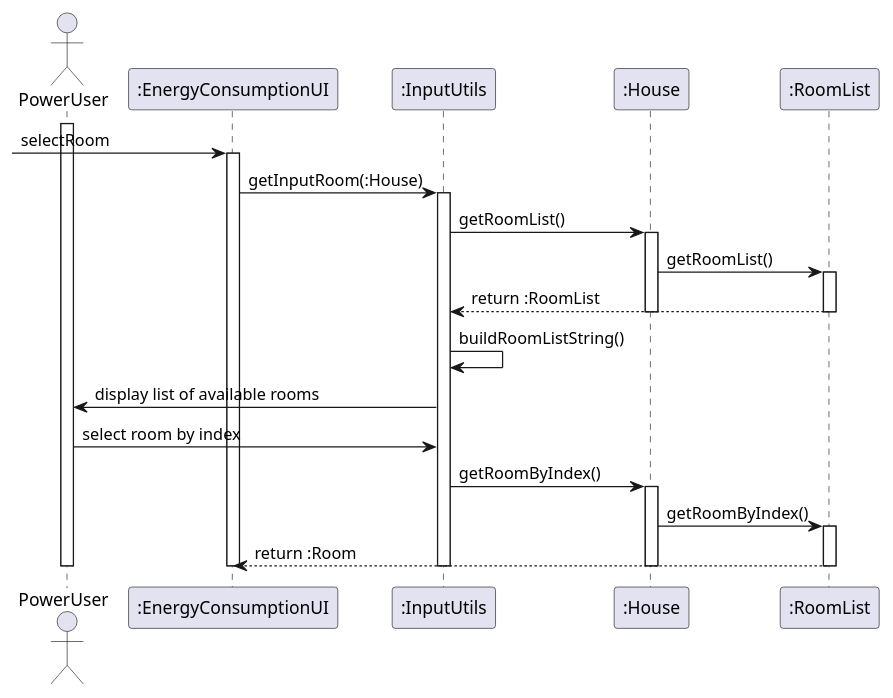
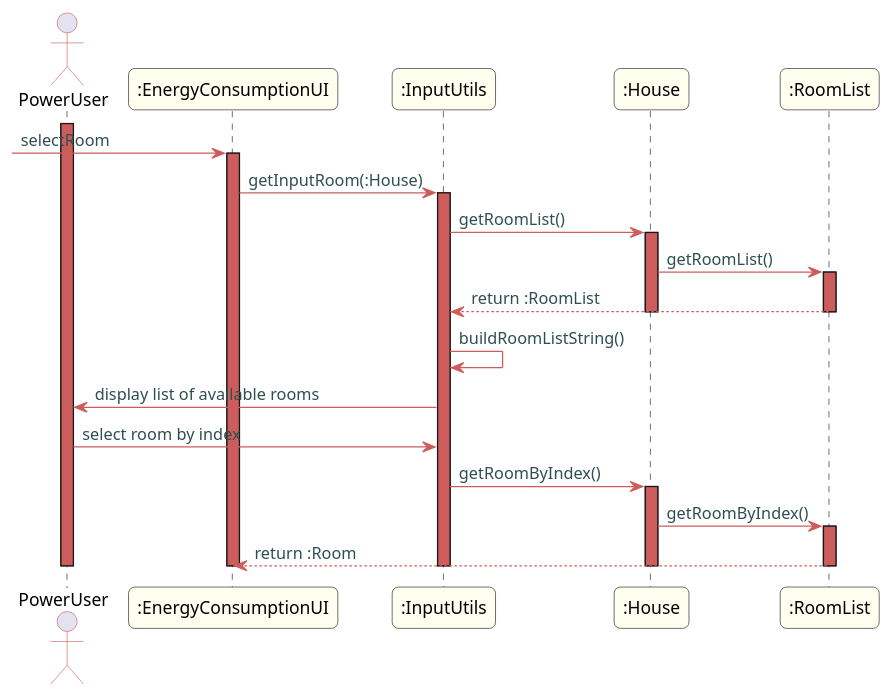
The diagram in uml/US721/selectRoom.puml (Almadanmp/project), drawn with PlantUML before and after one commit. The commit also changed 18 other files, not shown here.

Commit message:
UML format changes

```diff
--- a/uml/US721/selectRoom.puml
+++ b/uml/US721/selectRoom.puml
@@ -1,30 +1,51 @@
 @startuml
+skinparam titleBorderThickness 3
+skinparam titleBorderColor indianred
+skinparam titleBackgroundColor ivory
+skinparam FontName quicksand
 
+skinparam actor {
+ 	BorderColor indianred
+ 	}
+
+ skinparam sequence {
+ 	LifeLineBackgroundColor indianred
+ 	ParticipantBackgroundColor ivory
+ }
+
+ skinparam roundcorner 10
+
+ skinparam component {
+   arrowThickness 1
+   ArrowFontName Verdana
+   ArrowColor indianred
+   ArrowFontColor darkslategrey
+ }
 actor PowerUser
 
 activate PowerUser
 -> ":EnergyConsumptionUI": selectRoom
 activate ":EnergyConsumptionUI"
 ":EnergyConsumptionUI" -> ":InputUtils": getInputRoom(:House)
 activate ":InputUtils"
 ":InputUtils" -> ":House": getRoomList()
 activate ":House"
 ":House" -> ":RoomList": getRoomList()
 activate ":RoomList"
 ":RoomList" --> ":InputUtils": return :RoomList
 deactivate ":RoomList"
 deactivate ":House"
 ":InputUtils" -> ":InputUtils": buildRoomListString()
 ":InputUtils" -> PowerUser: display list of available rooms
 PowerUser -> ":InputUtils": select room by index
 ":InputUtils" -> ":House": getRoomByIndex()
 activate ":House"
 ":House" -> ":RoomList": getRoomByIndex()
 activate ":RoomList"
 ":RoomList" --> ":EnergyConsumptionUI" : return :Room
 deactivate ":RoomList"
 deactivate ":House"
 deactivate PowerUser
 deactivate ":EnergyConsumptionUI"
 deactivate ":InputUtils"
 @enduml
```
